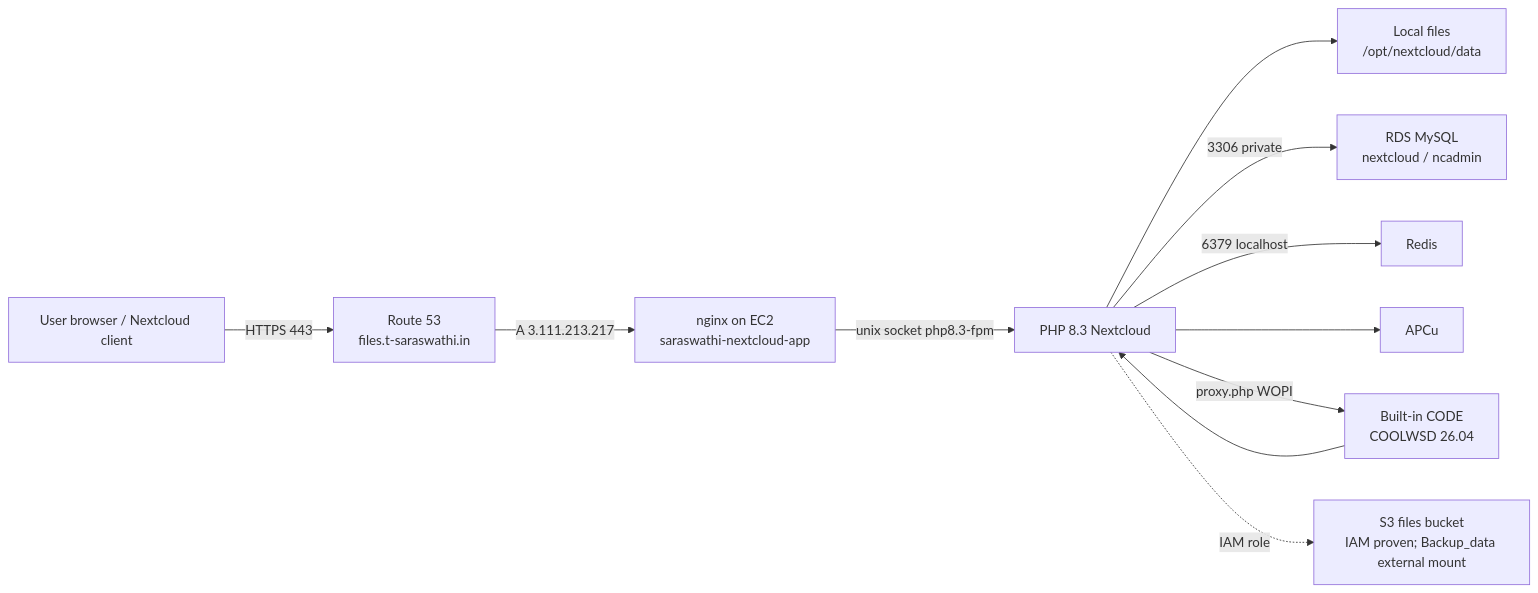
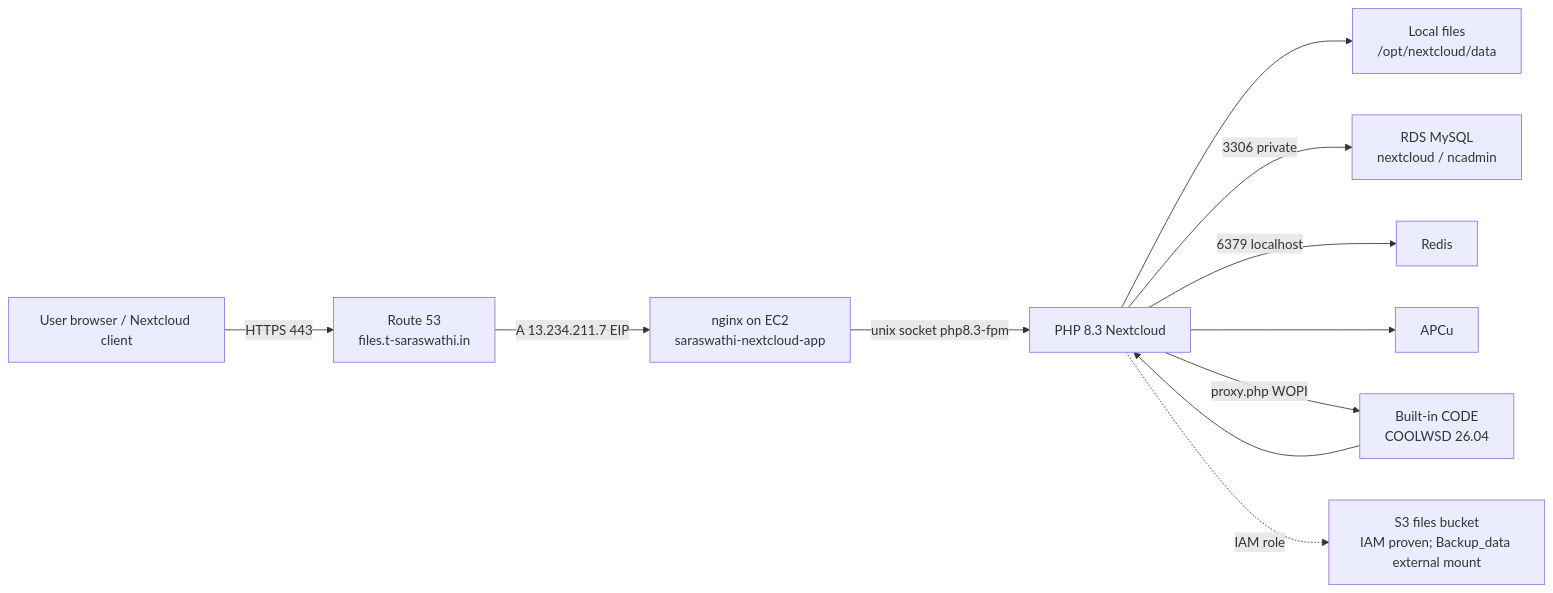
The first of 10 diagrams in 02-architecture/TECHNICAL_SNAPSHOT_AND_FLOW.md (logeshps02/saraswathi_configs), drawn with Mermaid before and after one commit. The commit also changed other lines of this file and 17 other files, not shown here.

````diff
--- a/02-architecture/TECHNICAL_SNAPSHOT_AND_FLOW.md
+++ b/02-architecture/TECHNICAL_SNAPSHOT_AND_FLOW.md
@@ -34,13 +34,13 @@
 ```mermaid
 flowchart LR
   U[User browser / Nextcloud client] -->|HTTPS 443| DNS[Route 53<br/>files.t-saraswathi.in]
-  DNS -->|A 3.111.213.217| N[nginx on EC2<br/>saraswathi-nextcloud-app]
+  DNS -->|A 13.234.211.7 EIP| N[nginx on EC2<br/>saraswathi-nextcloud-app]
   N -->|unix socket php8.3-fpm| PHP[PHP 8.3 Nextcloud]
   PHP --> DATA["Local files<br/>/opt/nextcloud/data"]
   PHP -->|3306 private| RDS[RDS MySQL<br/>nextcloud / ncadmin]
   PHP -->|6379 localhost| REDIS[Redis]
   PHP --> APCU[APCu]
   PHP -->|proxy.php WOPI| CODE[Built-in CODE<br/>COOLWSD 26.04]
   CODE --> PHP
   PHP -. IAM role .-> S3["S3 files bucket<br/>IAM proven; Backup_data external mount"]
 ```
````
